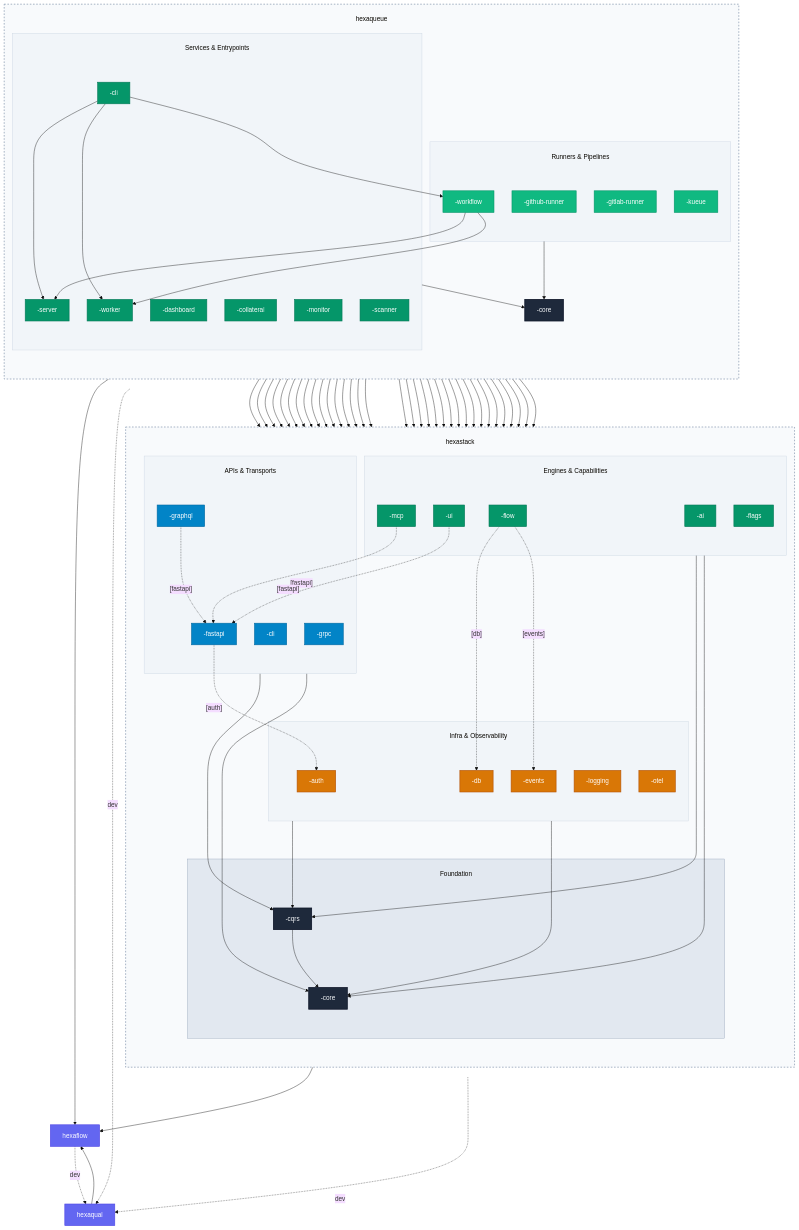
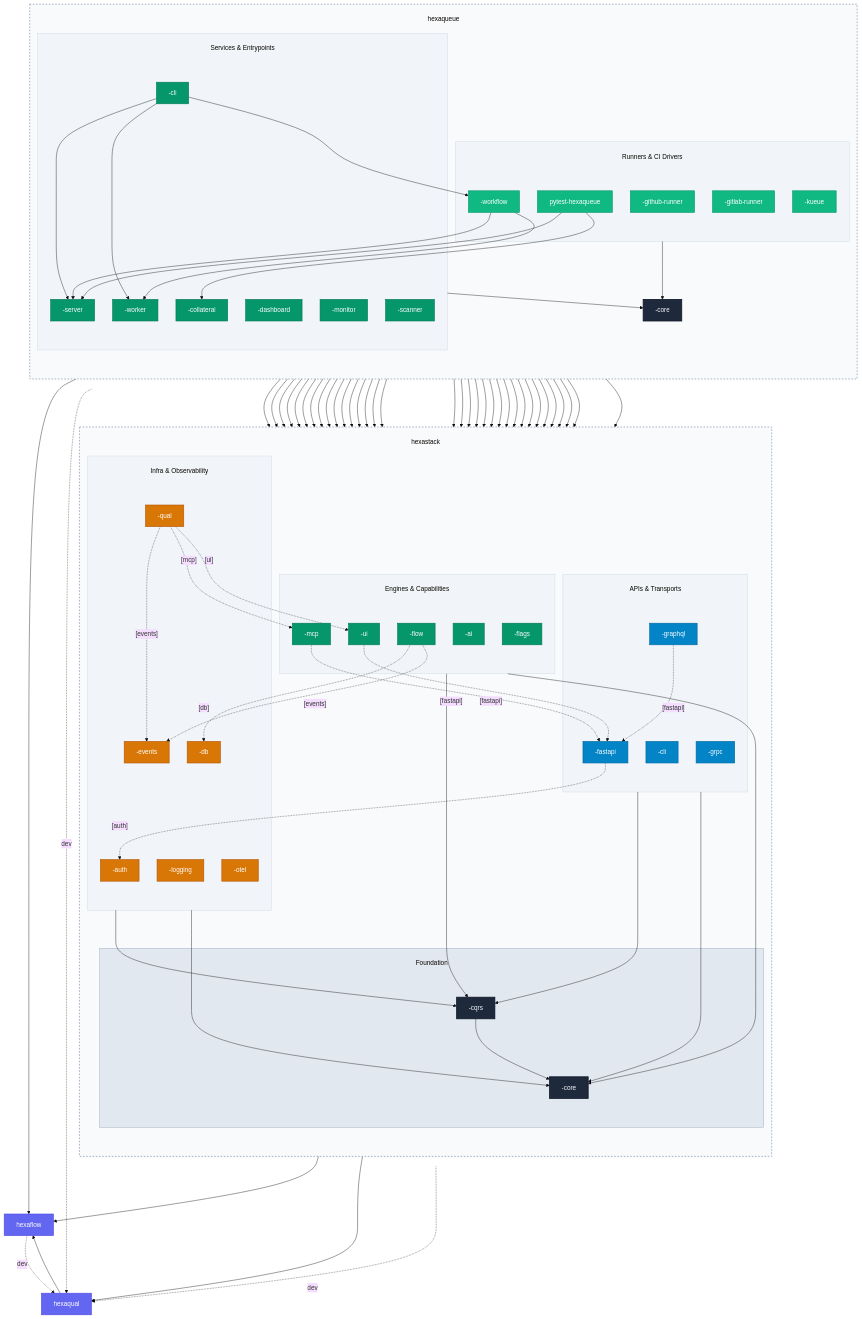
Before and after one commit to TheTrueSCU/hexaqueue: the second of 2 diagrams in docs/ecosystem.md, drawn with Mermaid. The commit also changed other lines of this file and 21 other files, not shown here.

Commit message:
chore(release): bump version to v0.6.0 and update ecosystem architecture documentation

```diff
--- a/docs/ecosystem.md
+++ b/docs/ecosystem.md
@@ -86,11 +86,12 @@
             hexaqueue_scanner["-scanner"]:::feature
         end
 
-        subgraph hq_runners["Runners & Pipelines"]
+        subgraph hq_runners["Runners & CI Drivers"]
             hexaqueue_github_runner["-github-runner"]:::runner
             hexaqueue_gitlab_runner["-gitlab-runner"]:::runner
             hexaqueue_kueue["-kueue"]:::runner
             hexaqueue_workflow["-workflow"]:::runner
+            pytest_hexaqueue["pytest-hexaqueue"]:::runner
         end
 
         hexaqueue_core["-core"]:::foundation
@@ -120,6 +121,7 @@
             hexastack_events["-events"]:::infra
             hexastack_logging["-logging"]:::infra
             hexastack_otel["-otel"]:::infra
+            hexastack_qual["-qual"]:::infra
         end
 
         subgraph hs_base["Foundation"]
@@ -149,6 +151,8 @@
     hexaqueue_cli --> hexaqueue_workflow
     hexaqueue_workflow --> hexaqueue_server
     hexaqueue_workflow --> hexaqueue_worker
+    pytest_hexaqueue --> hexaqueue_collateral
+    pytest_hexaqueue --> hexaqueue_server
 
     %% 2. Hexastack Internal Wiring
     hs_extensions & hs_transports & hs_infra --> hexastack_cqrs
@@ -170,7 +174,13 @@
     hexastack_flow --> hexaflow
     hexaqueue_workflow --> hexaflow
 
-    %% 5. Optional Extras
+    %% 5. Hexaqual Quality & Governance Integrations
+    hexastack_qual --> hexaqual
+    hexastack_qual -. "[events]" .-> hexastack_events
+    hexastack_qual -. "[mcp]" .-> hexastack_mcp
+    hexastack_qual -. "[ui]" .-> hexastack_ui
+
+    %% 6. Optional Extras
     hexastack_fastapi -. "[auth]" .-> hexastack_auth
     hexastack_graphql -. "[fastapi]" .-> hexastack_fastapi
     hexastack_mcp -. "[fastapi]" .-> hexastack_fastapi
@@ -178,7 +188,7 @@
     hexastack_flow -. "[db]" .-> hexastack_db
     hexastack_flow -. "[events]" .-> hexastack_events
 
-    %% 6. Tooling & Governance (Hexaqual Plane)
+    %% 7. Tooling & Governance (Hexaqual Plane)
     hexaqual --> hexaflow
     hexaflow -. "dev" .-> hexaqual
     hexastack -. "dev" .-> hexaqual
```
